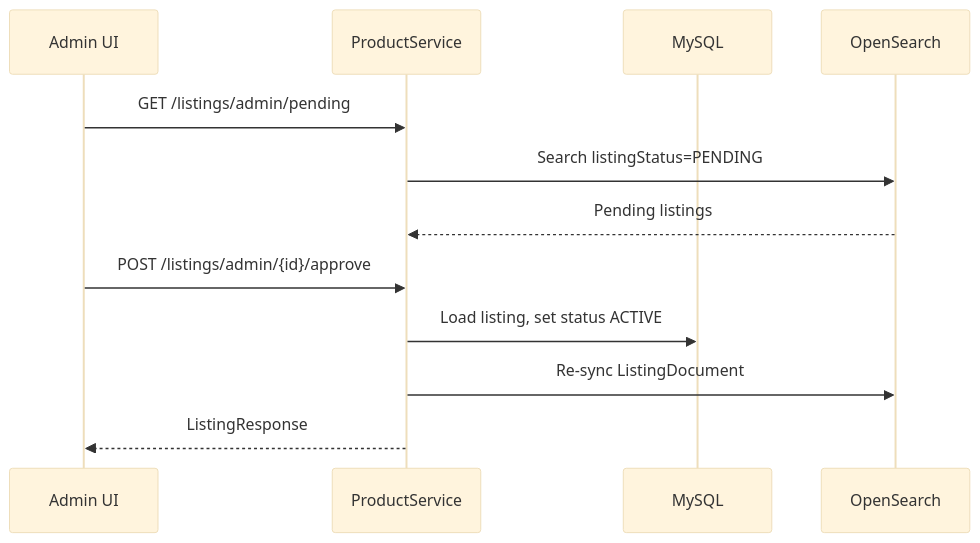
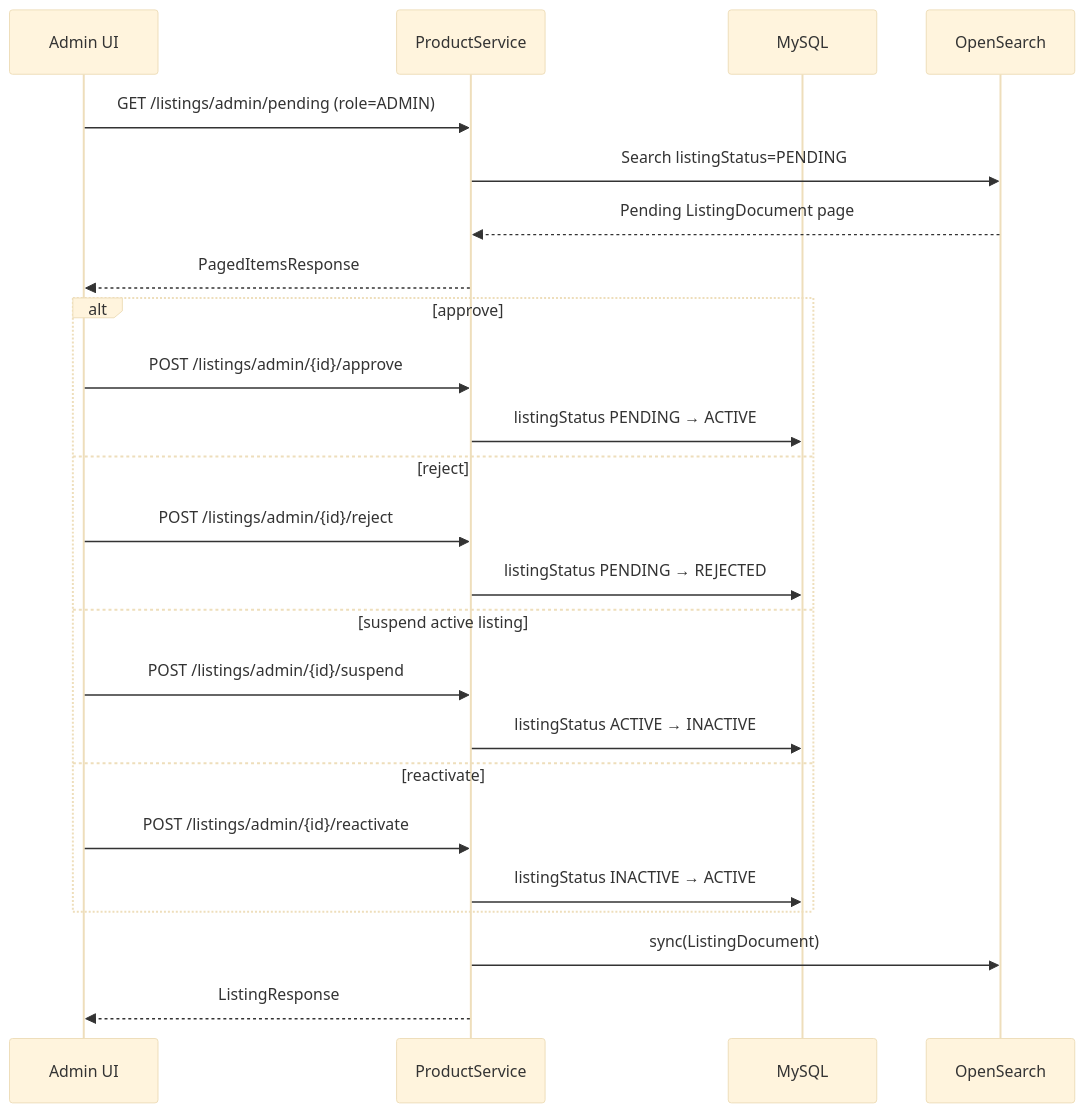
Before and after one commit to Naodab/Second_Life: the sixth of 8 diagrams in productservice/README.md, drawn with Mermaid (base theme). The commit also changed other lines of this file and 54 other files, not shown here.

````diff
--- a/productservice/README.md
+++ b/productservice/README.md
@@ -202,15 +334,29 @@
 ```mermaid
 sequenceDiagram
   participant UI as Admin UI
   participant P as ProductService
   participant DB as MySQL
   participant OS as OpenSearch
 
-  UI->>P: GET /listings/admin/pending
+  UI->>P: GET /listings/admin/pending (role=ADMIN)
   P->>OS: Search listingStatus=PENDING
-  OS-->>P: Pending listings
-  UI->>P: POST /listings/admin/{id}/approve
-  P->>DB: Load listing, set status ACTIVE
-  P->>OS: Re-sync ListingDocument
+  OS-->>P: Pending ListingDocument page
+  P-->>UI: PagedItemsResponse
+
+  alt approve
+    UI->>P: POST /listings/admin/{id}/approve
+    P->>DB: listingStatus PENDING → ACTIVE
+  else reject
+    UI->>P: POST /listings/admin/{id}/reject
+    P->>DB: listingStatus PENDING → REJECTED
+  else suspend active listing
+    UI->>P: POST /listings/admin/{id}/suspend
+    P->>DB: listingStatus ACTIVE → INACTIVE
+  else reactivate
+    UI->>P: POST /listings/admin/{id}/reactivate
+    P->>DB: listingStatus INACTIVE → ACTIVE
+  end
+
+  P->>OS: sync(ListingDocument)
   P-->>UI: ListingResponse
 ```
````
